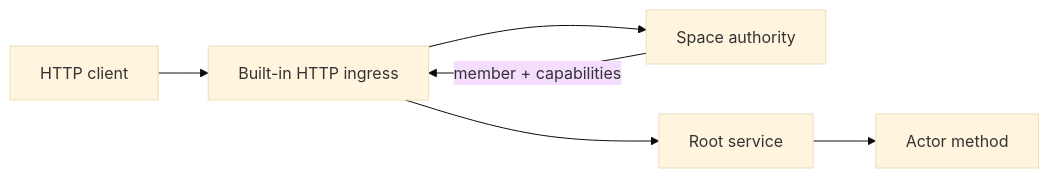
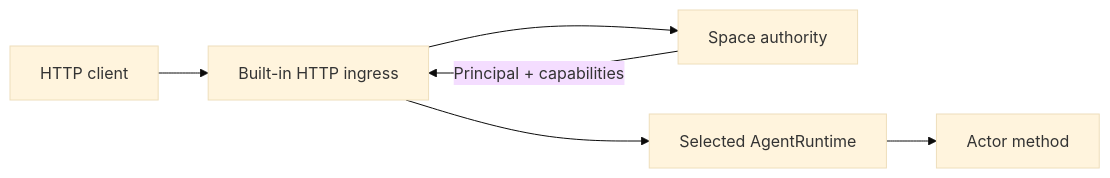
The diagram in docs/http-ingress.md (virto-network/vos), drawn with Mermaid (base theme) before and after one commit. The commit also changed other lines of this file and 2 other files, not shown here.

````diff
--- a/docs/http-ingress.md
+++ b/docs/http-ingress.md
@@ -7,8 +7,8 @@
 ```mermaid
 flowchart LR
     Client[HTTP client] --> Listener[Built-in HTTP ingress]
     Listener --> Authority[Space authority]
-    Authority -->|member + capabilities| Listener
-    Listener --> Service[Root service]
-    Service --> Actor[Actor method]
+    Authority -->|Principal + capabilities| Listener
+    Listener --> Runtime[Selected AgentRuntime]
+    Runtime --> Actor[Actor method]
 ```
````
